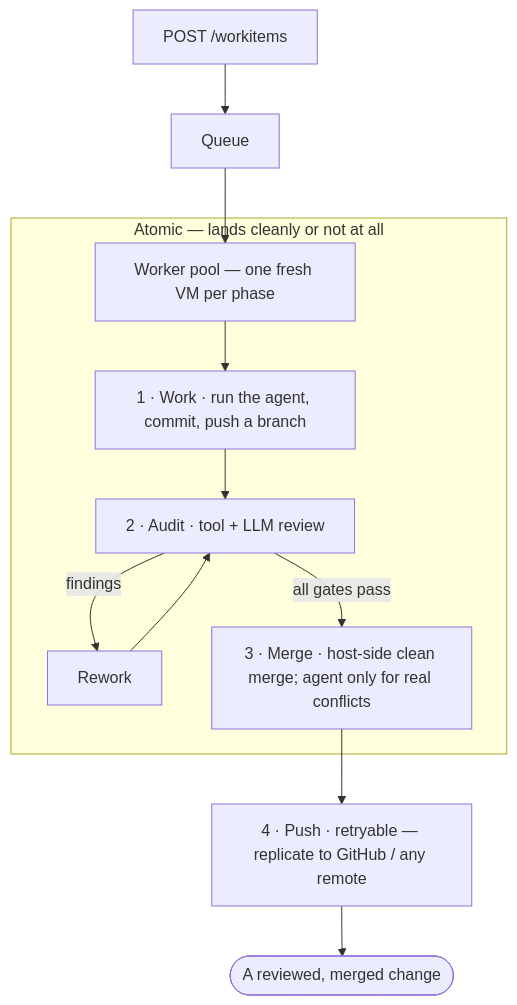
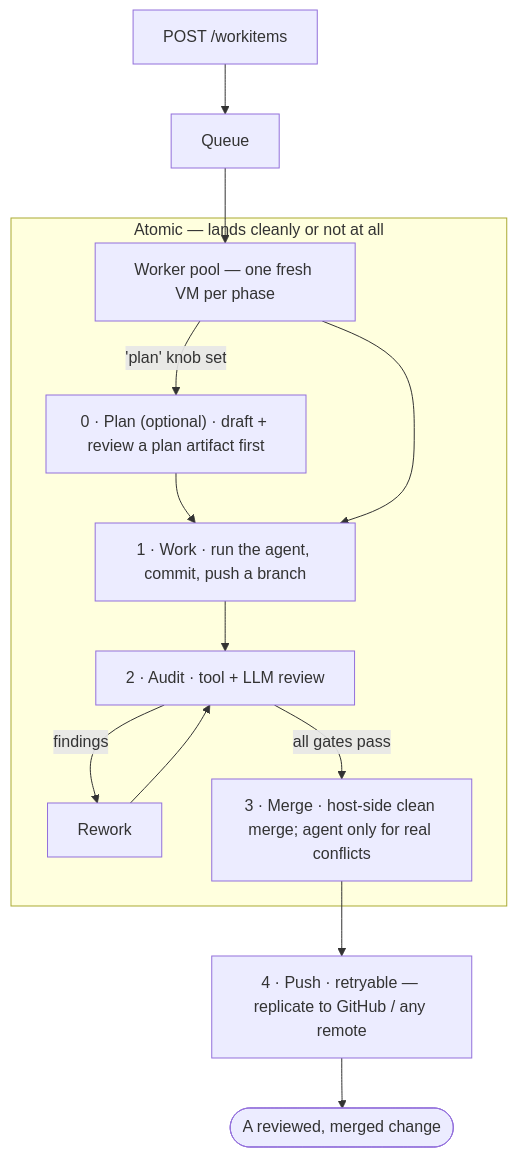
One commit to AdamFrisby/CodeyBox changed the first of 3 diagrams in README.md. Above: the diagram before and after it, drawn with Mermaid. The commit also changed other lines of this file, not shown here.

First line of the commit message:
docs(README): add optional Plan phase to How-it-works; fix rounds chart binning

````diff
--- a/README.md
+++ b/README.md
@@ -40,14 +40,16 @@
 ```mermaid
 flowchart TD
     A["POST /workitems"] --> Q["Queue"]
     Q --> W["Worker pool — one fresh VM per phase"]
     subgraph atomic["Atomic — lands cleanly or not at all"]
+        W -->|"'plan' knob set"| P0["0 · Plan (optional) · draft + review a plan artifact first"]
+        P0 --> P1
         W --> P1["1 · Work · run the agent, commit, push a branch"]
         P1 --> P2["2 · Audit · tool + LLM review"]
         P2 -->|"findings"| RW["Rework"]
         RW --> P2
         P2 -->|"all gates pass"| P3["3 · Merge · host-side clean merge; agent only for real conflicts"]
     end
     P3 --> P4["4 · Push · retryable — replicate to GitHub / any remote"]
     P4 --> DONE(["A reviewed, merged change"])
 ```
````
